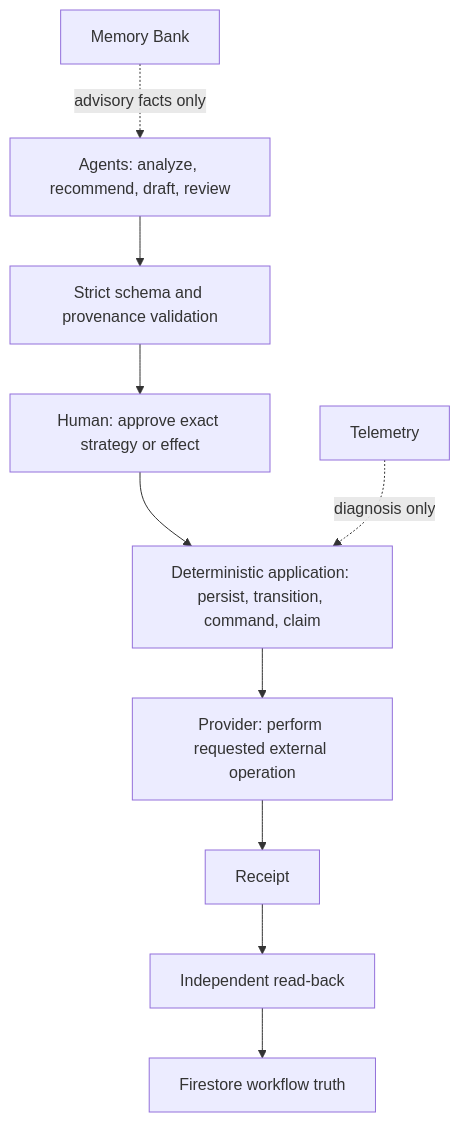
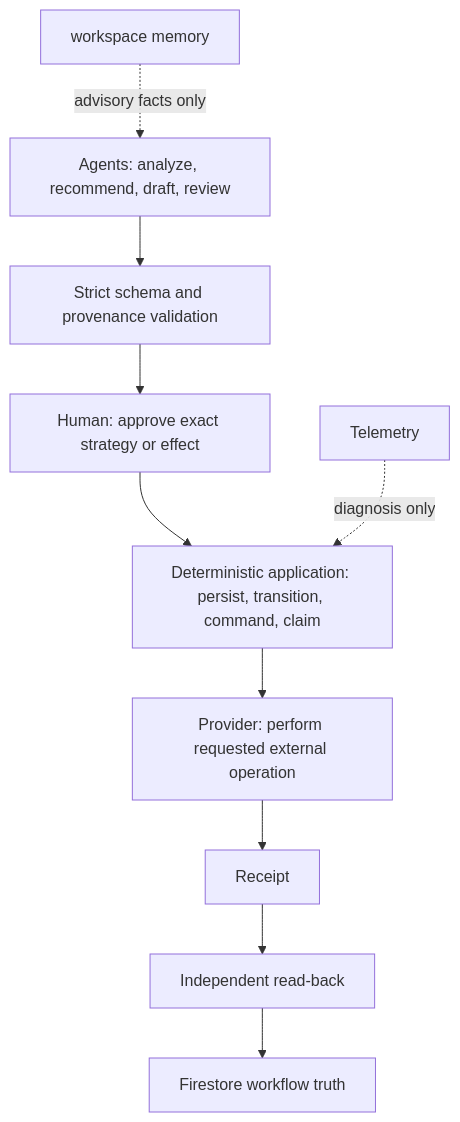
The diagram in docs/diagrams/authority-boundaries.mdx (danielAsaboro/harmonia-meta), drawn with Mermaid before and after one commit. The commit also changed 53 other files, not shown here.

````diff
--- a/docs/diagrams/authority-boundaries.mdx
+++ b/docs/diagrams/authority-boundaries.mdx
@@ -6,12 +6,12 @@
 ```mermaid
 flowchart TB
   A[Agents: analyze, recommend, draft, review] --> V[Strict schema and provenance validation]
   V --> H[Human: approve exact strategy or effect]
   H --> D[Deterministic application: persist, transition, command, claim]
   D --> E[Provider: perform requested external operation]
   E --> R[Receipt]
   R --> I[Independent read-back]
   I --> F[Firestore workflow truth]
-  M[Memory Bank] -. advisory facts only .-> A
+  M[workspace memory] -. advisory facts only .-> A
   O[Telemetry] -. diagnosis only .-> D
 ```
````
